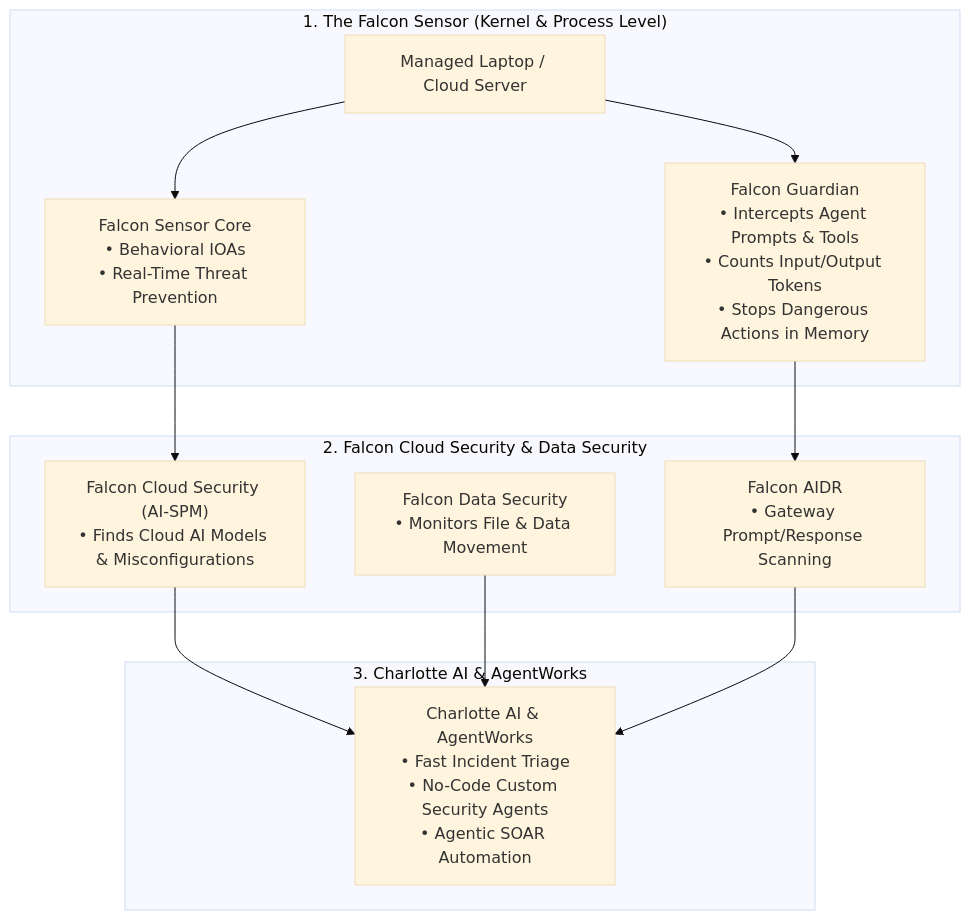
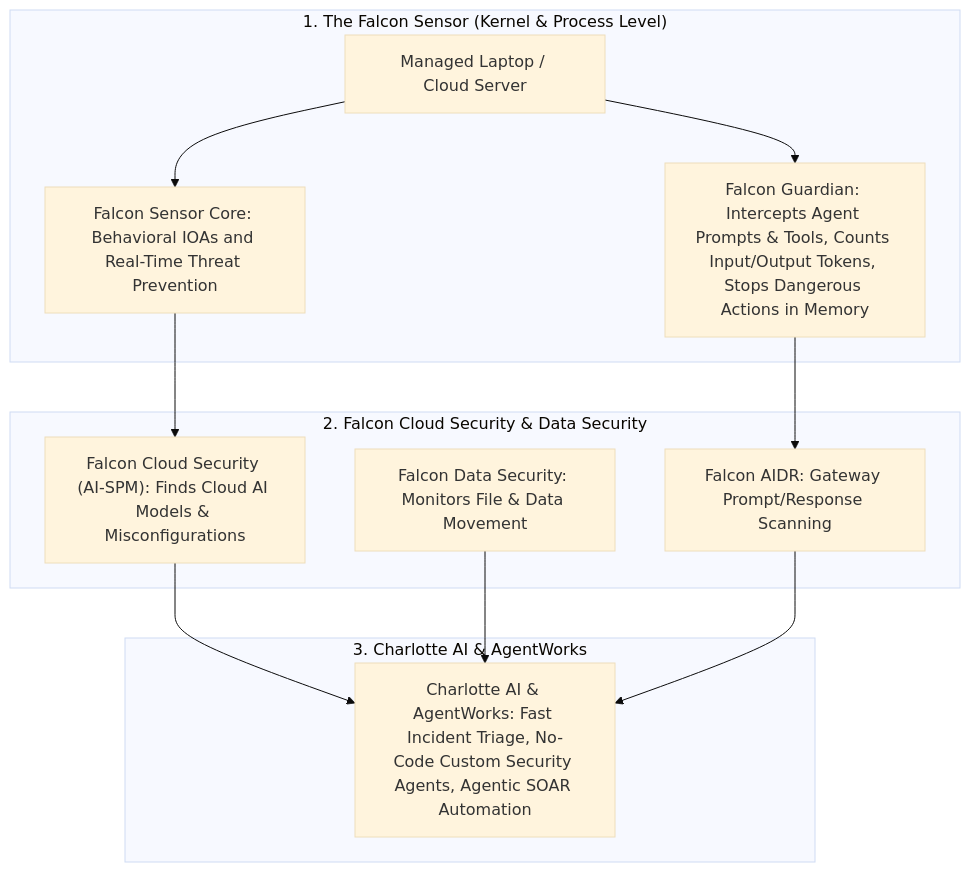
Before and after one commit to 86sunbot/fde-lab: the third of 8 diagrams in microsoft_vs_crowdstrike_ai_dr_guide.md, drawn with Mermaid (base theme). The commit also changed other lines of this file and 1 other file, not shown here.

Commit message:
docs: fix Mermaid rendering, diagram count, and code-to-doc alignment in README and AI/DR guide

````diff
--- a/microsoft_vs_crowdstrike_ai_dr_guide.md
+++ b/microsoft_vs_crowdstrike_ai_dr_guide.md
@@ -141,26 +141,26 @@
 ```mermaid
-graph TD
+flowchart TD
     subgraph Endpoint_Sensor ["1. The Falcon Sensor (Kernel & Process Level)"]
         Host["Managed Laptop / Cloud Server"]
-        Guardian["Falcon Guardian<br/>• Intercepts Agent Prompts & Tools<br/>• Counts Input/Output Tokens<br/>• Stops Dangerous Actions in Memory"]
-        Sensor["Falcon Sensor Core<br/>• Behavioral IOAs<br/>• Real-Time Threat Prevention"]
+        Guardian["Falcon Guardian: Intercepts Agent Prompts & Tools, Counts Input/Output Tokens, Stops Dangerous Actions in Memory"]
+        Sensor["Falcon Sensor Core: Behavioral IOAs and Real-Time Threat Prevention"]
     end
 
     subgraph Cloud_Platform ["2. Falcon Cloud Security & Data Security"]
-        FCS["Falcon Cloud Security (AI-SPM)<br/>• Finds Cloud AI Models & Misconfigurations"]
-        FDS["Falcon Data Security<br/>• Monitors File & Data Movement"]
-        AIDR["Falcon AIDR<br/>• Gateway Prompt/Response Scanning"]
+        FCS["Falcon Cloud Security (AI-SPM): Finds Cloud AI Models & Misconfigurations"]
+        FDS["Falcon Data Security: Monitors File & Data Movement"]
+        AIDR["Falcon AIDR: Gateway Prompt/Response Scanning"]
     end
 
     subgraph SOC_Layer ["3. Charlotte AI & AgentWorks"]
-        Charlotte["Charlotte AI & AgentWorks<br/>• Fast Incident Triage<br/>• No-Code Custom Security Agents<br/>• Agentic SOAR Automation"]
+        Charlotte["Charlotte AI & AgentWorks: Fast Incident Triage, No-Code Custom Security Agents, Agentic SOAR Automation"]
     end
 
     Host --> Guardian
     Host --> Sensor
     Sensor --> FCS
     Guardian --> AIDR
     FCS --> Charlotte
     FDS --> Charlotte
     AIDR --> Charlotte
 ```
````
